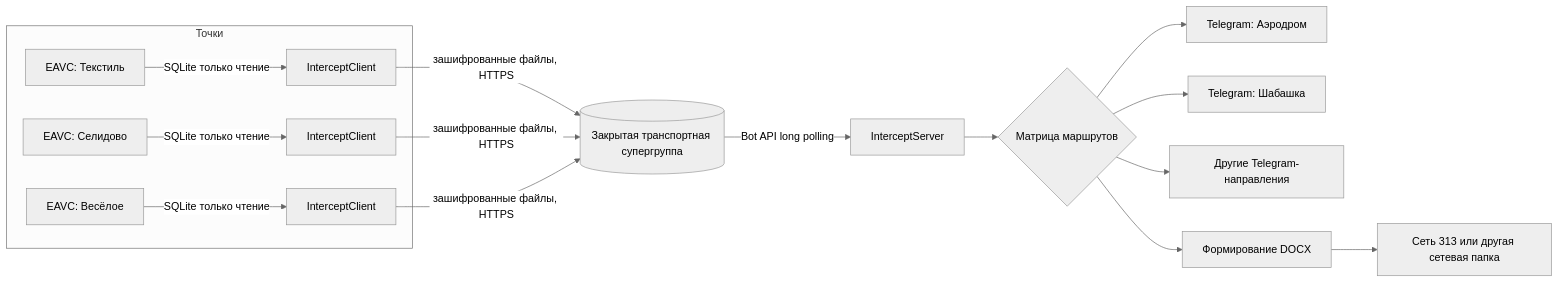
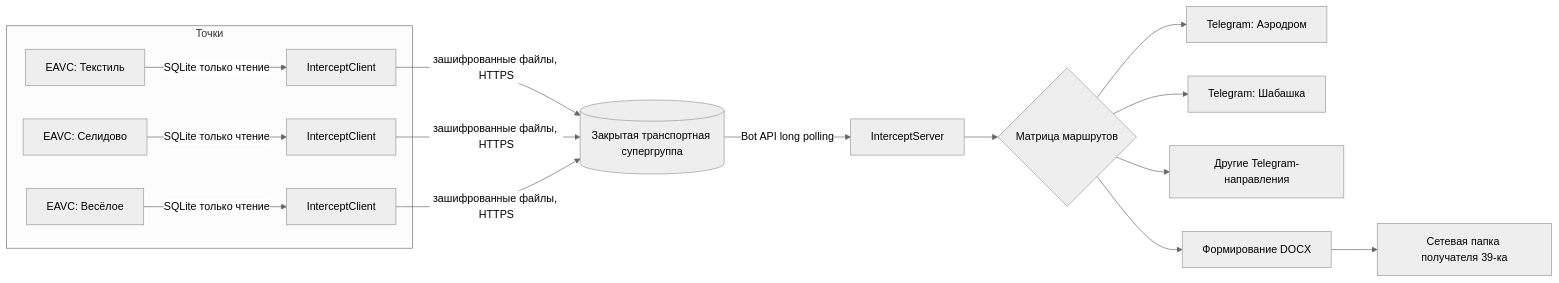
Before and after one commit to DmitryFPS/intercept-go: the diagram in docs/02-architecture.md, drawn with Mermaid (neutral theme). The commit also changed other lines of this file and 19 other files, not shown here.

````diff
--- a/docs/02-architecture.md
+++ b/docs/02-architecture.md
@@ -5,17 +5,17 @@
 ```mermaid
 flowchart LR
   subgraph Points[Точки]
     E1[EAVC: Текстиль] -->|SQLite только чтение| C1[InterceptClient]
     E2[EAVC: Селидово] -->|SQLite только чтение| C2[InterceptClient]
     E3[EAVC: Весёлое] -->|SQLite только чтение| C3[InterceptClient]
   end
 
   C1 & C2 & C3 -->|зашифрованные файлы, HTTPS| TG[(Закрытая транспортная супергруппа)]
   TG -->|Bot API long polling| S[InterceptServer]
   S --> R{Матрица маршрутов}
   R --> A[Telegram: Аэродром]
   R --> B[Telegram: Шабашка]
   R --> X[Другие Telegram-направления]
   R --> W[Формирование DOCX]
-  W --> M[Сеть 313 или другая сетевая папка]
+  W --> M[Сетевая папка получателя 39-ка]
 ```
````
